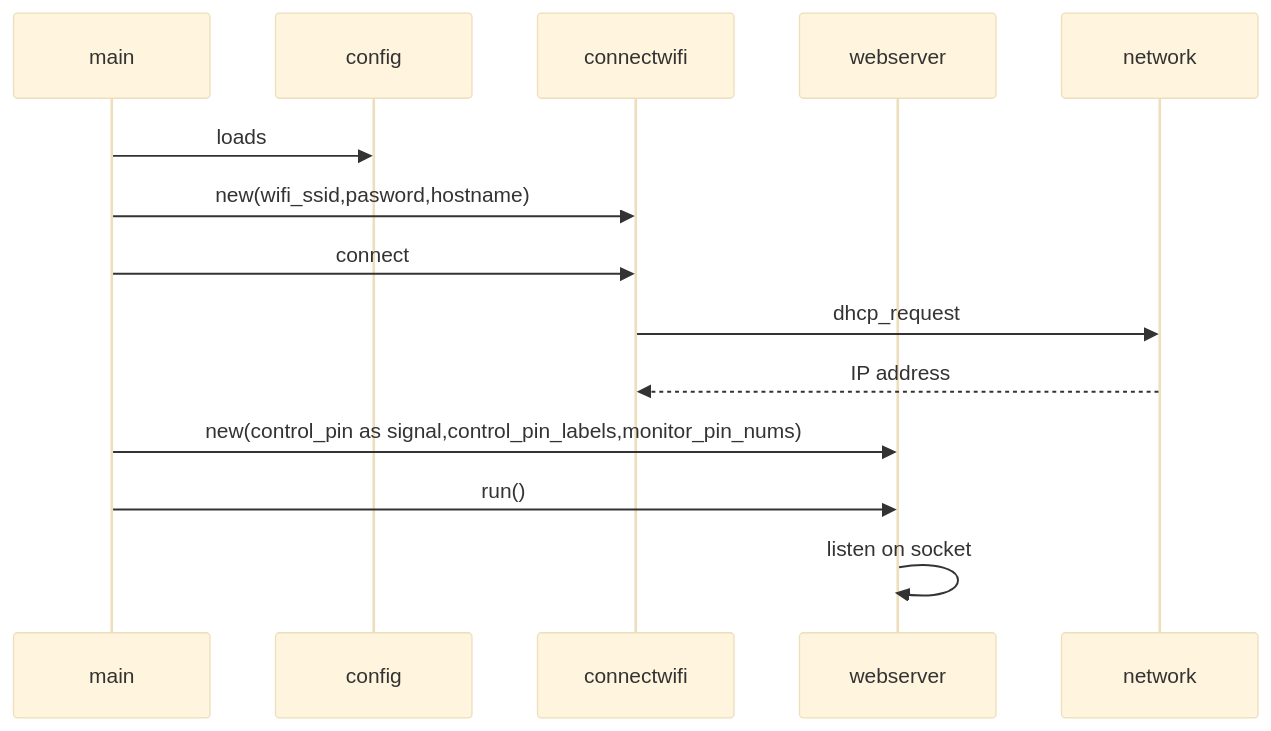
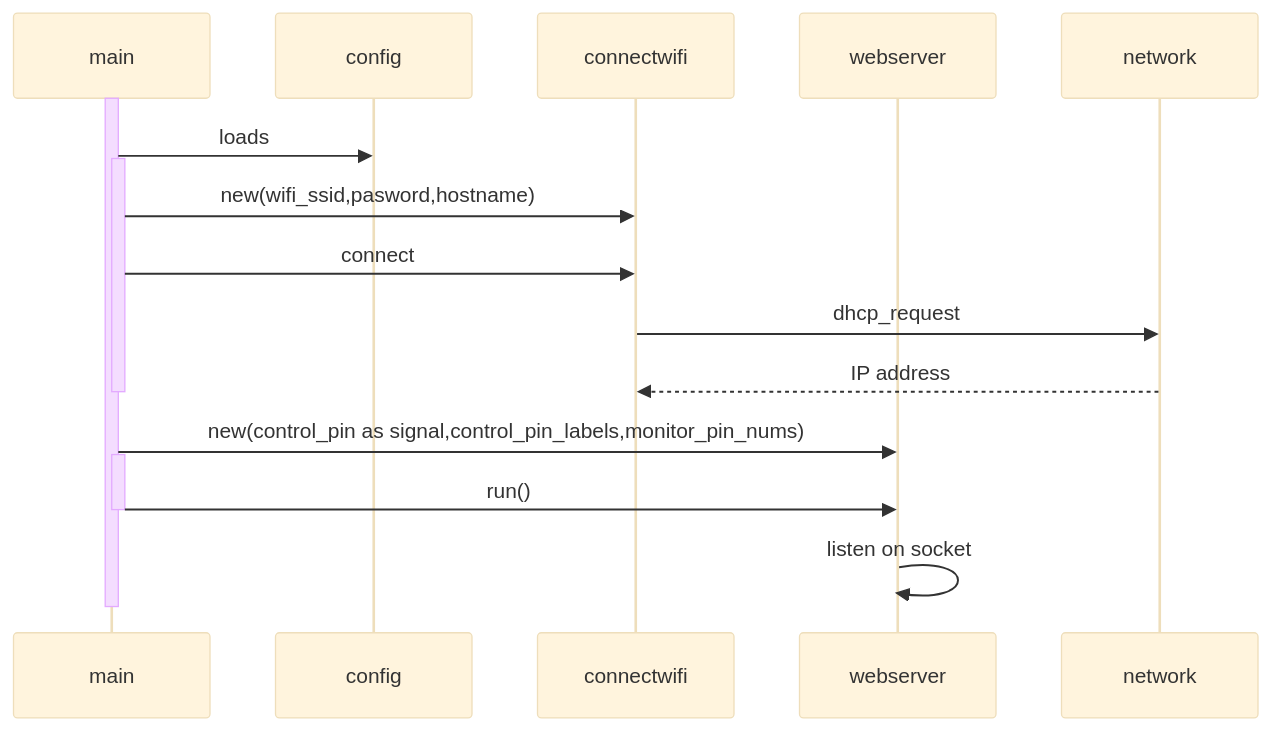
The third of 5 diagrams in README.md (freemansoft/ESP8266-MicroPython), drawn with Mermaid (base theme) before and after one commit. The commit also changed other lines of this file and 6 other files, not shown here.

````diff
--- a/README.md
+++ b/README.md
@@ -144,17 +151,24 @@
 ```mermaid
 sequenceDiagram
     participant main
     participant config
     participant connectwifi
     participant webserver
     participant network
 
+    activate main
     main ->> config: loads
-    main ->> connectwifi: new(wifi_ssid,pasword,hostname)
-    main ->> connectwifi: connect
-    connectwifi ->> network: dhcp_request
-    network -->> connectwifi: IP address
-    main ->> webserver: new(control_pin as signal,control_pin_labels,monitor_pin_nums)
-    main ->> webserver: run()
+        activate main
+        main ->> connectwifi: new(wifi_ssid,pasword,hostname)
+        main ->> connectwifi: connect
+        connectwifi ->> network: dhcp_request
+        network -->> connectwifi: IP address
+        deactivate main
+    
+        main ->> webserver: new(control_pin as signal,control_pin_labels,monitor_pin_nums)
+        activate main
+        main ->> webserver: run()
+        deactivate main
     webserver ->> webserver: listen on socket
+    deactivate main
 ```
````
